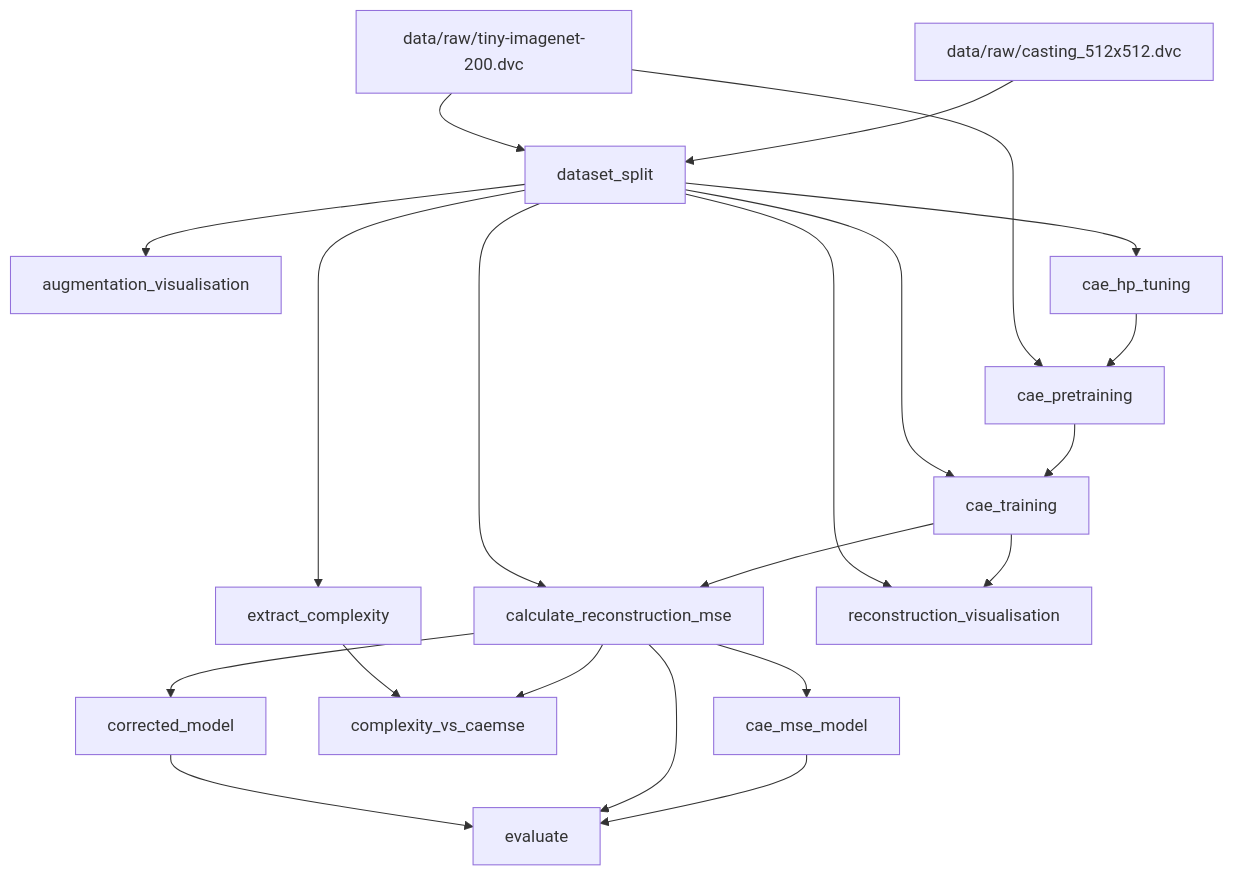
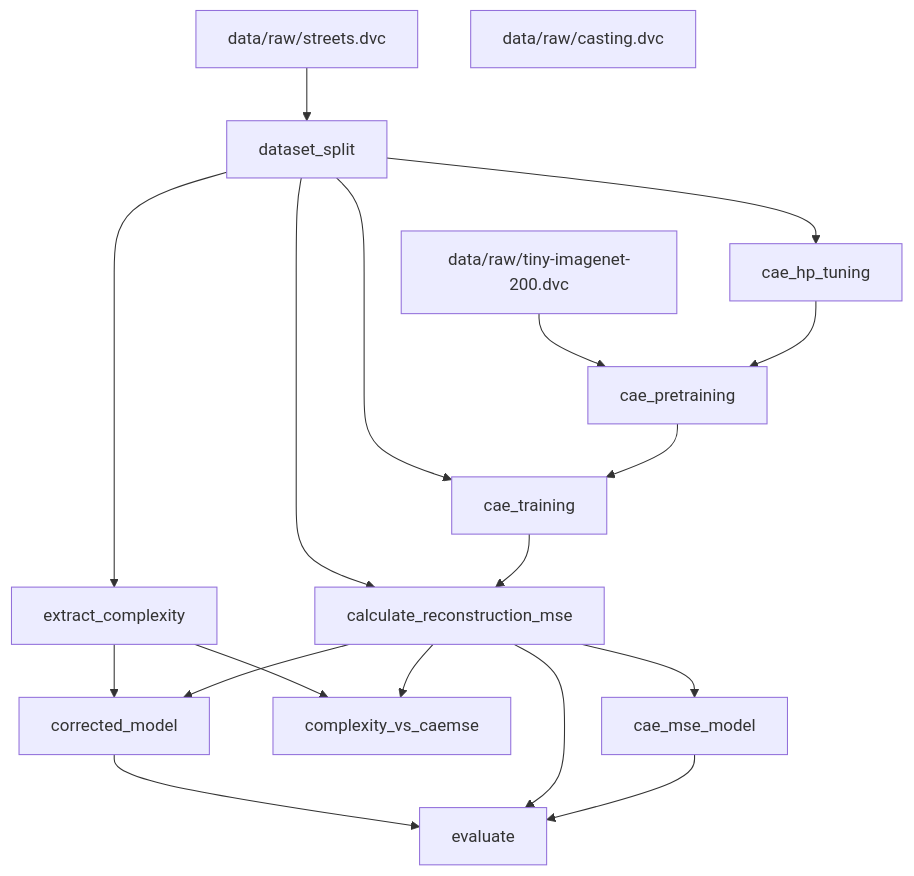
The diagram in visualisation/dag.md (alexsandercaac/img-complexity-cae), drawn with Mermaid before and after one commit. The commit also changed 4 other files, not shown here.

````diff
--- a/visualisation/dag.md
+++ b/visualisation/dag.md
@@ -1,37 +1,33 @@
 ```mermaid
 flowchart TD
-	node1["augmentation_visualisation"]
-	node2["cae_hp_tuning"]
-	node3["cae_mse_model"]
-	node4["cae_pretraining"]
-	node5["cae_training"]
-	node6["calculate_reconstruction_mse"]
-	node7["complexity_vs_caemse"]
-	node8["corrected_model"]
-	node9["data/raw/casting_512x512.dvc"]
-	node10["data/raw/tiny-imagenet-200.dvc"]
-	node11["dataset_split"]
-	node12["evaluate"]
-	node13["extract_complexity"]
-	node14["reconstruction_visualisation"]
-	node2-->node4
-	node3-->node12
+	node1["cae_hp_tuning"]
+	node2["cae_mse_model"]
+	node3["cae_pretraining"]
+	node4["cae_training"]
+	node5["calculate_reconstruction_mse"]
+	node6["complexity_vs_caemse"]
+	node7["corrected_model"]
+	node8["data/raw/streets.dvc"]
+	node9["data/raw/tiny-imagenet-200.dvc"]
+	node10["dataset_split"]
+	node11["evaluate"]
+	node12["extract_complexity"]
+	node1-->node3
+	node2-->node11
+	node3-->node4
 	node4-->node5
+	node5-->node2
 	node5-->node6
-	node5-->node14
-	node6-->node3
-	node6-->node7
-	node6-->node8
-	node6-->node12
-	node8-->node12
-	node9-->node11
+	node5-->node7
+	node5-->node11
+	node7-->node11
+	node8-->node10
+	node9-->node3
+	node10-->node1
 	node10-->node4
-	node10-->node11
-	node11-->node1
-	node11-->node2
-	node11-->node5
-	node11-->node6
-	node11-->node13
-	node11-->node14
-	node13-->node7
+	node10-->node5
+	node10-->node12
+	node12-->node6
+	node12-->node7
+	node13["data/raw/casting.dvc"]
 ```
````
